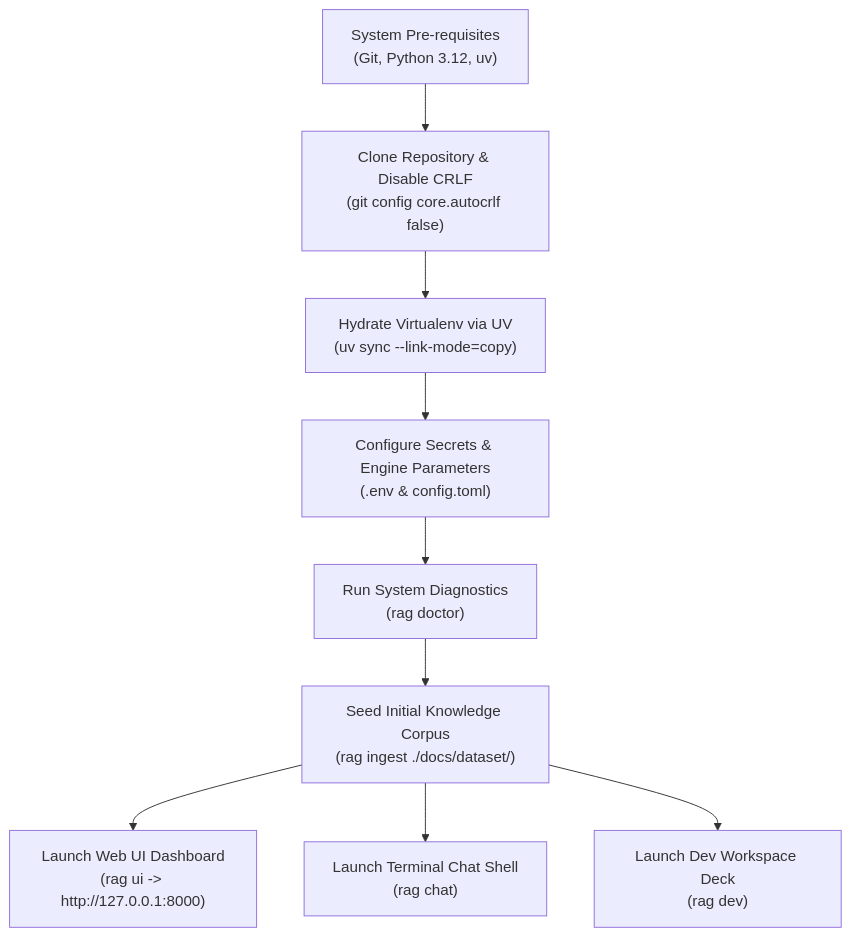
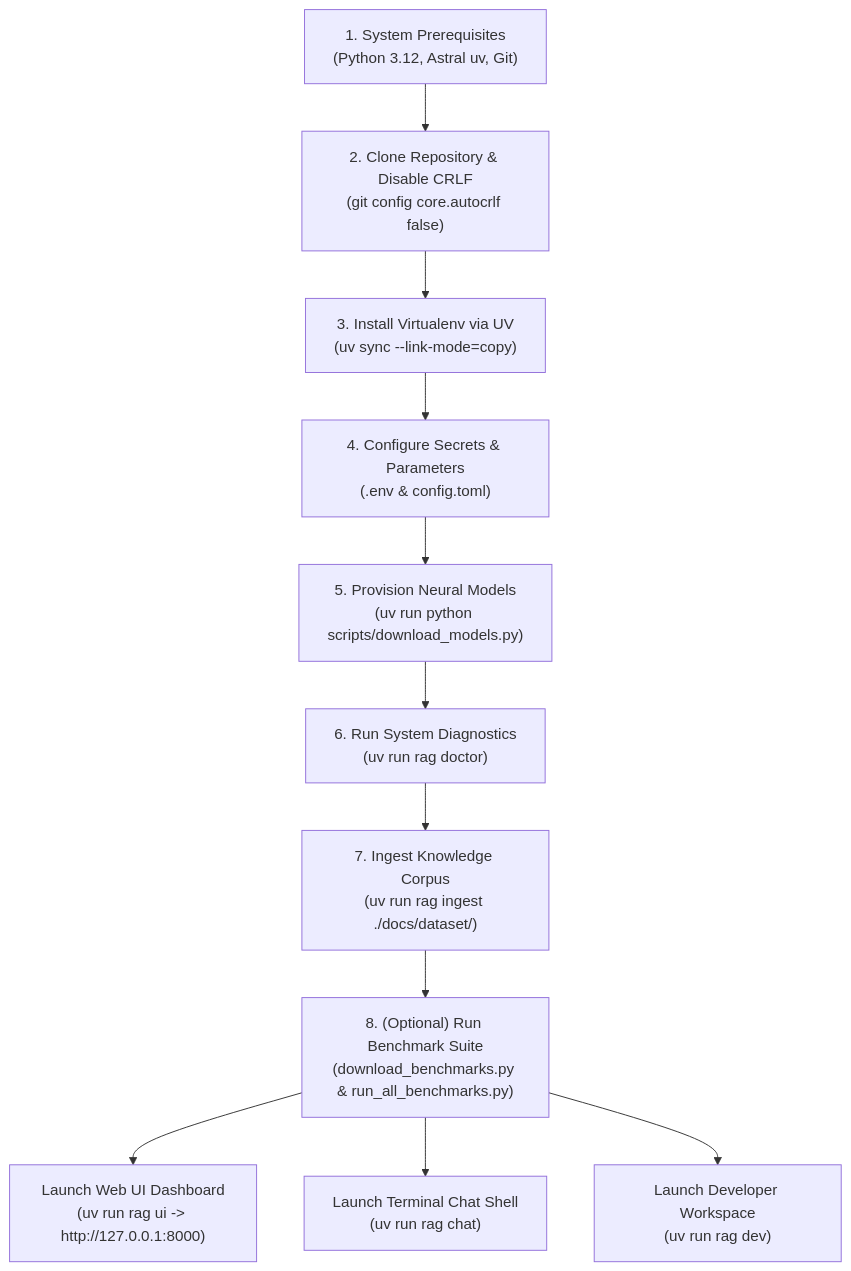
The diagram in notes/developer/setup.md (uehera/RAGnarok), drawn with Mermaid before and after one commit. The commit also changed other lines of this file and 11 other files, not shown here.

Commit message:
docs(notes): synchronize developer hubs, architecture blueprints, research reports, and auto-dismiss upload toasts

````diff
--- a/notes/developer/setup.md
+++ b/notes/developer/setup.md
@@ -11,11 +11,13 @@
 ```mermaid
 flowchart TD
-    A["System Pre-requisites<br>(Git, Python 3.12, uv)"] --> B["Clone Repository & Disable CRLF<br>(git config core.autocrlf false)"]
-    B --> C["Hydrate Virtualenv via UV<br>(uv sync --link-mode=copy)"]
-    C --> D["Configure Secrets & Engine Parameters<br>(.env & config.toml)"]
-    D --> E["Run System Diagnostics<br>(rag doctor)"]
-    E --> F["Seed Initial Knowledge Corpus<br>(rag ingest ./docs/dataset/)"]
-    F --> G1["Launch Web UI Dashboard<br>(rag ui -> http://127.0.0.1:8000)"]
-    F --> G2["Launch Terminal Chat Shell<br>(rag chat)"]
-    F --> G3["Launch Dev Workspace Deck<br>(rag dev)"]
+    A["1. System Prerequisites<br>(Python 3.12, Astral uv, Git)"] --> B["2. Clone Repository & Disable CRLF<br>(git config core.autocrlf false)"]
+    B --> C["3. Install Virtualenv via UV<br>(uv sync --link-mode=copy)"]
+    C --> D["4. Configure Secrets & Parameters<br>(.env & config.toml)"]
+    D --> E["5. Provision Neural Models<br>(uv run python scripts/download_models.py)"]
+    E --> F["6. Run System Diagnostics<br>(uv run rag doctor)"]
+    F --> G["7. Ingest Knowledge Corpus<br>(uv run rag ingest ./docs/dataset/)"]
+    G --> H["8. (Optional) Run Benchmark Suite<br>(download_benchmarks.py & run_all_benchmarks.py)"]
+    H --> I1["Launch Web UI Dashboard<br>(uv run rag ui -> http://127.0.0.1:8000)"]
+    H --> I2["Launch Terminal Chat Shell<br>(uv run rag chat)"]
+    H --> I3["Launch Developer Workspace<br>(uv run rag dev)"]
 ```
````
